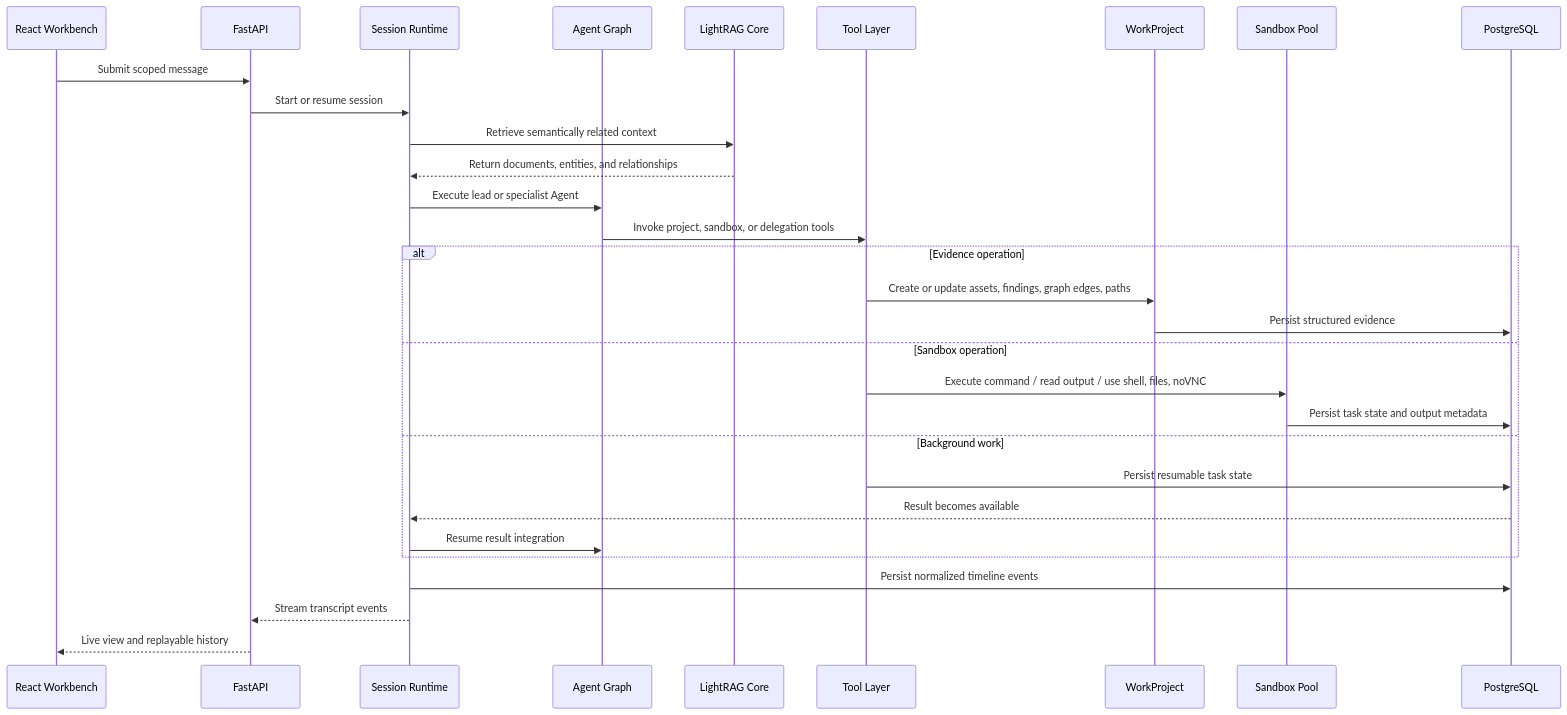
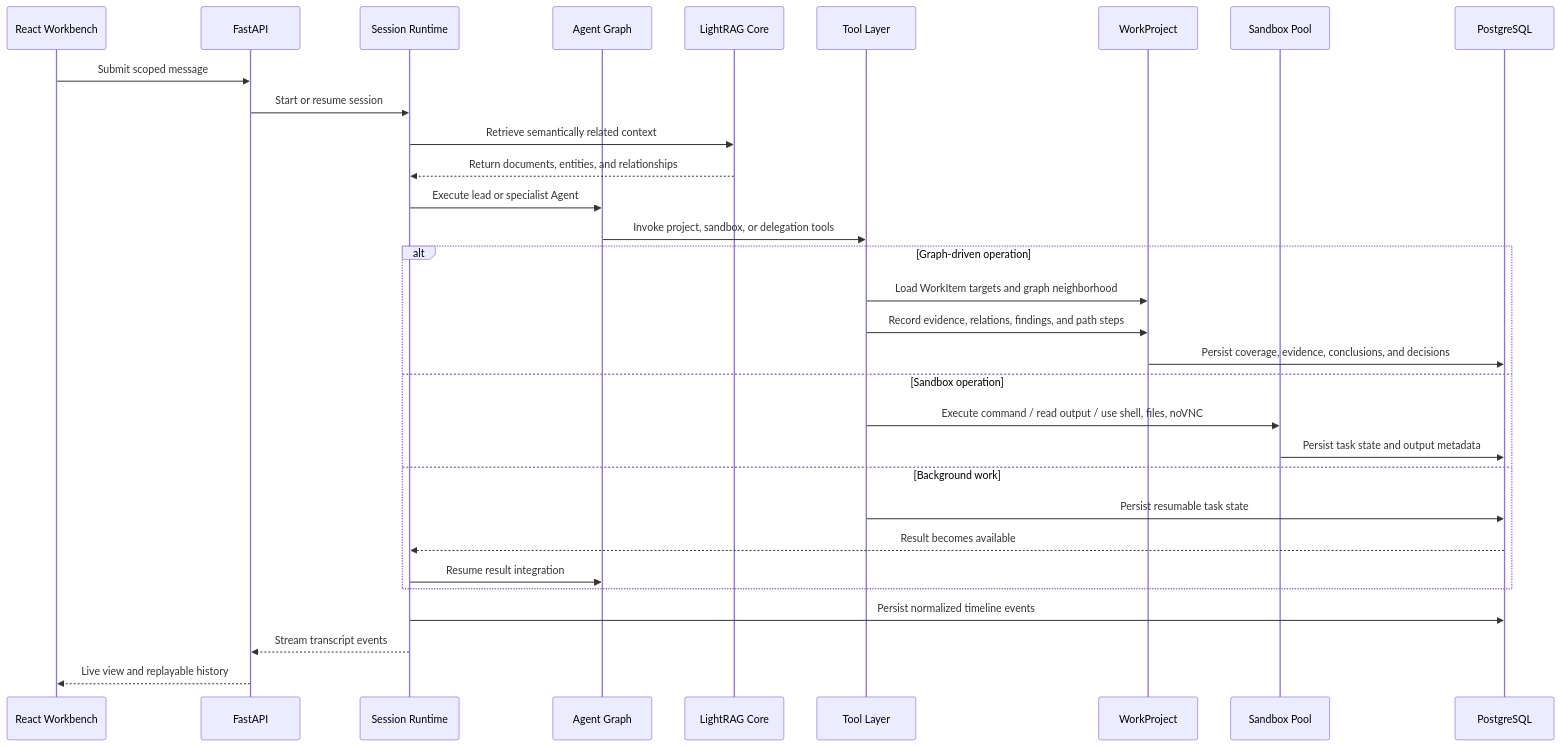
The second of 4 diagrams in README.md (MolTau9527/Z3r0), drawn with Mermaid before and after one commit. The commit also changed other lines of this file and 113 other files, not shown here.

Commit message:
feat: Add graph-driven WorkProject orchestration and evidence-backed red team workflows

````diff
--- a/README.md
+++ b/README.md
@@ -107,35 +112,36 @@
 ```mermaid
 sequenceDiagram
   participant UI as React Workbench
   participant API as FastAPI
   participant Pool as Session Runtime
   participant Agents as Agent Graph
   participant RAG as LightRAG Core
   participant Tools as Tool Layer
   participant Project as WorkProject
   participant Sandbox as Sandbox Pool
   participant DB as PostgreSQL
 
   UI->>API: Submit scoped message
   API->>Pool: Start or resume session
   Pool->>RAG: Retrieve semantically related context
   RAG-->>Pool: Return documents, entities, and relationships
   Pool->>Agents: Execute lead or specialist Agent
   Agents->>Tools: Invoke project, sandbox, or delegation tools
 
-  alt Evidence operation
-    Tools->>Project: Create or update assets, findings, graph edges, paths
-    Project->>DB: Persist structured evidence
+  alt Graph-driven operation
+    Tools->>Project: Load WorkItem targets and graph neighborhood
+    Tools->>Project: Record evidence, relations, findings, and path steps
+    Project->>DB: Persist coverage, evidence, conclusions, and decisions
   else Sandbox operation
     Tools->>Sandbox: Execute command / read output / use shell, files, noVNC
     Sandbox->>DB: Persist task state and output metadata
   else Background work
     Tools->>DB: Persist resumable task state
     DB-->>Pool: Result becomes available
     Pool->>Agents: Resume result integration
   end
 
   Pool->>DB: Persist normalized timeline events
   Pool-->>API: Stream transcript events
   API-->>UI: Live view and replayable history
 ```
````
